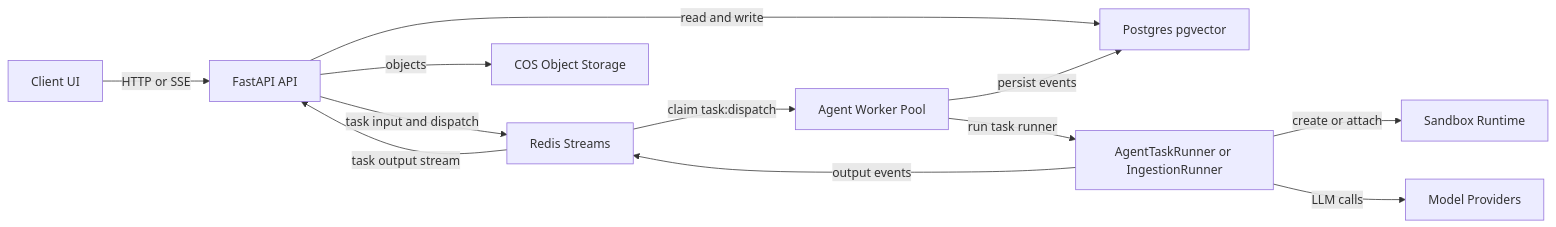
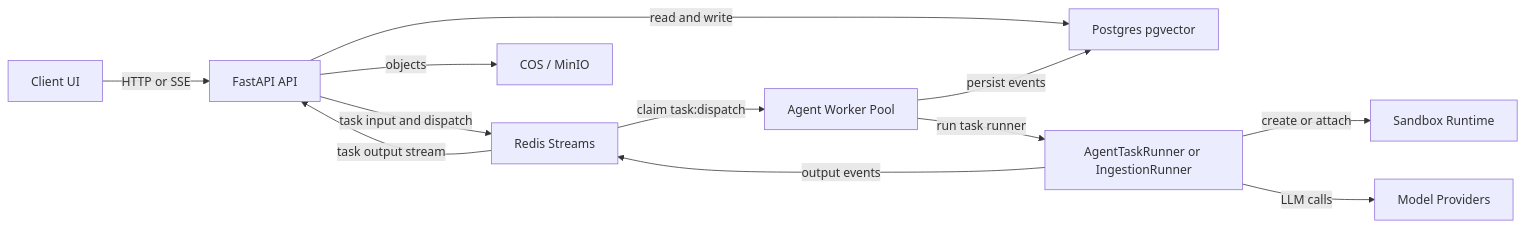
Before and after one commit to OceaLong/opencitadel: the first of 8 diagrams in docs/architecture/overview.md, drawn with Mermaid. The commit also changed other lines of this file and 61 other files, not shown here.

First line of the commit message:
docs(tutorials): update tutorials to match new LLM endpoint and model configuration flow

````diff
--- a/docs/architecture/overview.md
+++ b/docs/architecture/overview.md
@@ -9,14 +9,14 @@
 ```mermaid
 flowchart LR
   Client["Client UI"] -->|"HTTP or SSE"| Api["FastAPI API"]
   Api -->|"task input and dispatch"| Redis["Redis Streams"]
   Api -->|"read and write"| Postgres["Postgres pgvector"]
-  Api -->|"objects"| COS["COS Object Storage"]
+  Api -->|"objects"| Storage["COS / MinIO"]
   Redis -->|"claim task:dispatch"| Worker["Agent Worker Pool"]
   Worker -->|"run task runner"| AgentRunner["AgentTaskRunner or IngestionRunner"]
   AgentRunner -->|"create or attach"| Sandbox["Sandbox Runtime"]
   AgentRunner -->|"LLM calls"| ModelProvider["Model Providers"]
   AgentRunner -->|"output events"| Redis
   Worker -->|"persist events"| Postgres
   Redis -->|"task output stream"| Api
 ```
````
